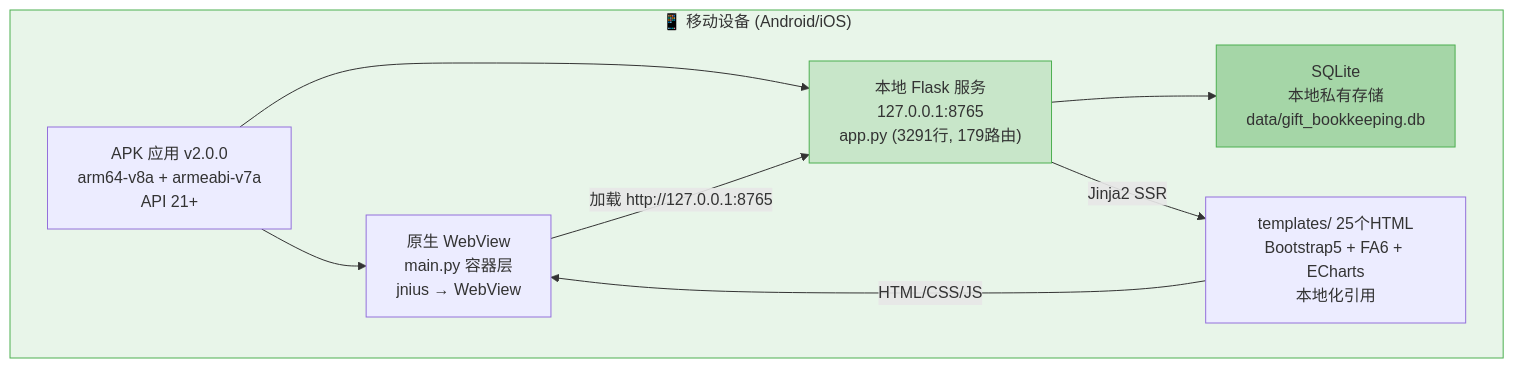
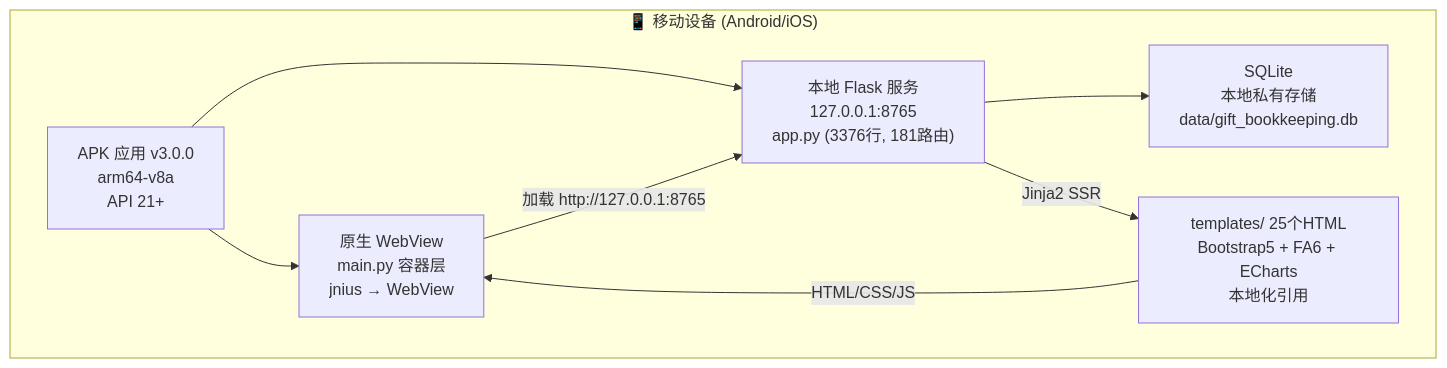
One commit to 18227370901/gift_bookkeeping_apk changed the diagram in PSD_Design_Document.md. Above: the diagram before and after it, drawn with Mermaid. The commit also changed other lines of this file and 16 other files, not shown here.

````diff
--- a/PSD_Design_Document.md
+++ b/PSD_Design_Document.md
@@ -52,16 +50,11 @@
 ```mermaid
 graph TB
     subgraph device["📱 移动设备 (Android/iOS)"]
-        APK["APK 应用 v2.0.0<br/>arm64-v8a + armeabi-v7a<br/>API 21+"] --> WV["原生 WebView<br/>main.py 容器层<br/>jnius → WebView"]
-        APK --> FLASK_LOCAL["本地 Flask 服务<br/>127.0.0.1:8765<br/>app.py (3291行, 179路由)"]
+        APK["APK 应用 v3.0.0<br/>arm64-v8a<br/>API 21+"] --> WV["原生 WebView<br/>main.py 容器层<br/>jnius → WebView"]
+        APK --> FLASK_LOCAL["本地 Flask 服务<br/>127.0.0.1:8765<br/>app.py (3376行, 181路由)"]
         FLASK_LOCAL --> DB_LOCAL["SQLite<br/>本地私有存储<br/>data/gift_bookkeeping.db"]
         FLASK_LOCAL -->|"Jinja2 SSR"| TPL_LOCAL["templates/ 25个HTML<br/>Bootstrap5 + FA6 + ECharts<br/>本地化引用"]
     end
-    
     WV -->|"加载 http://127.0.0.1:8765"| FLASK_LOCAL
     TPL_LOCAL -->|"HTML/CSS/JS"| WV
-
-    style device fill:#e8f5e9,stroke:#4caf50
-    style FLASK_LOCAL fill:#c8e6c9,stroke:#4caf50
-    style DB_LOCAL fill:#a5d6a7,stroke:#4caf50
 ```
````
